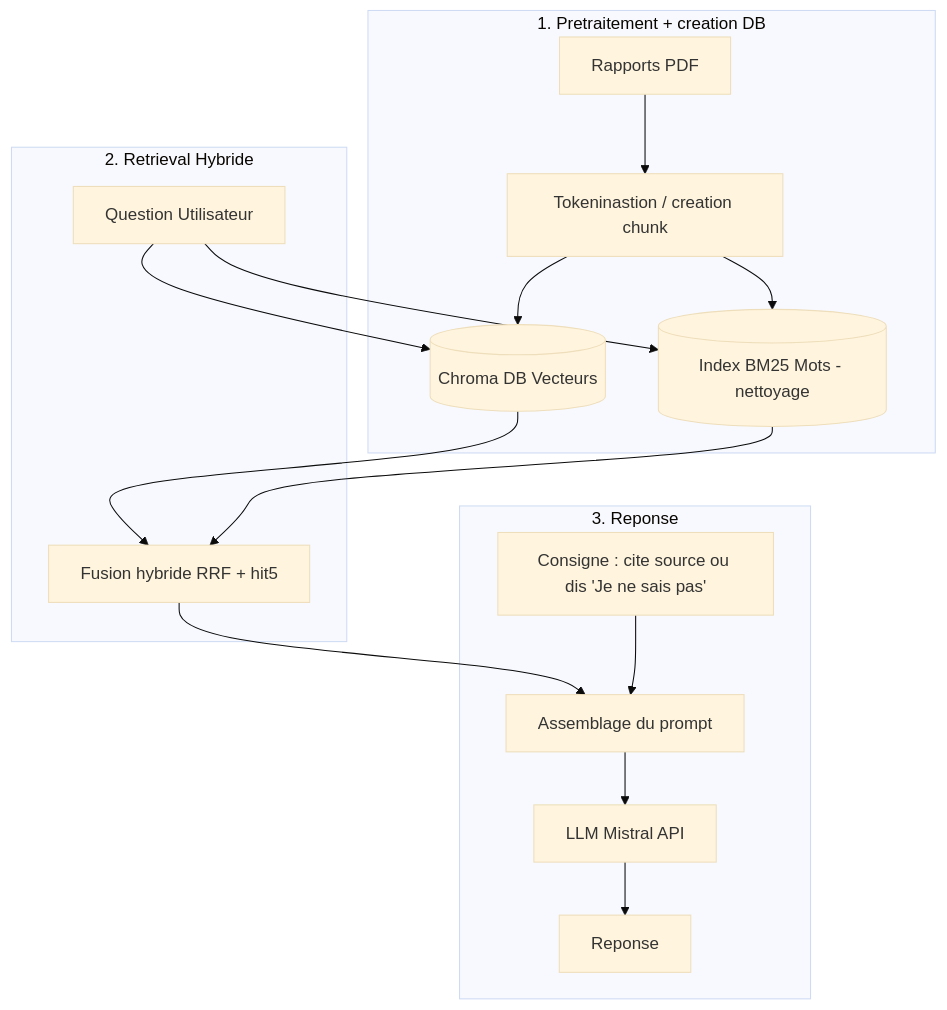
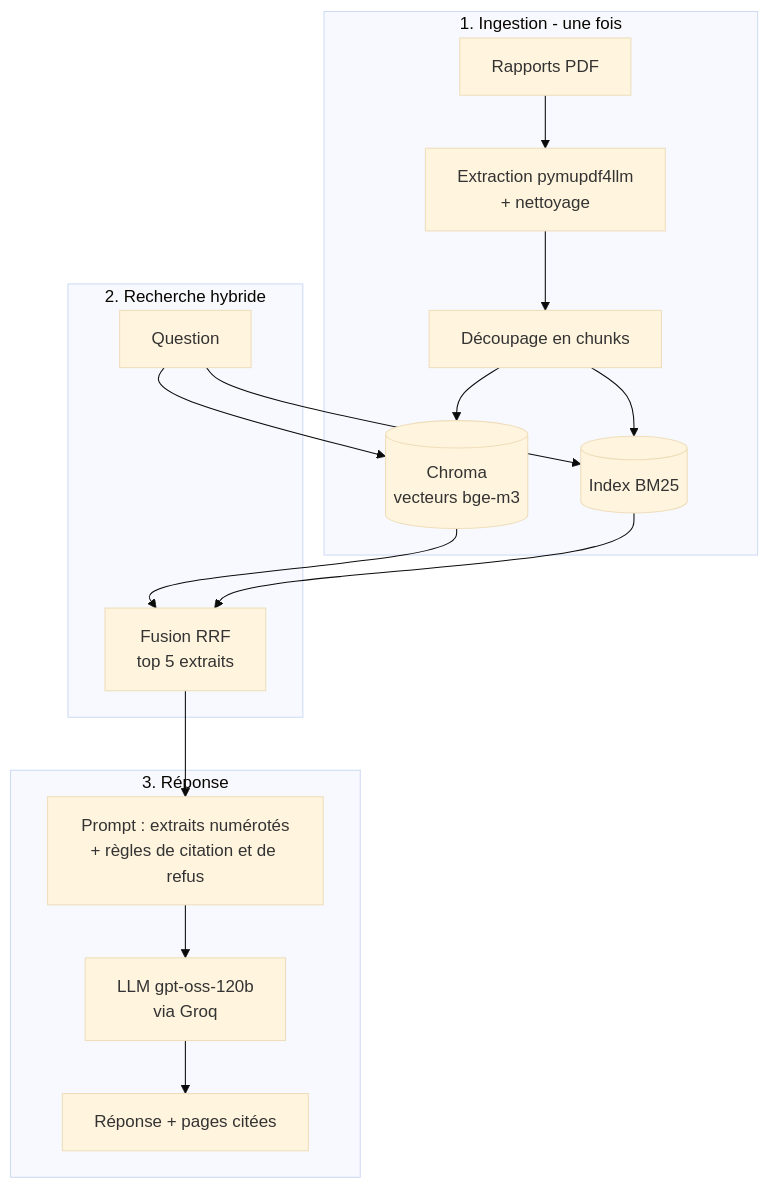
Before and after one commit to kwiikwik/rapFin_assistant: the diagram in README.md, drawn with Mermaid (base theme). The commit also changed other lines of this file and 2 other files, not shown here.

````diff
--- a/README.md
+++ b/README.md
@@ -49,22 +27,22 @@
 ```mermaid
 flowchart TD
-    subgraph Ingestion [1. Pretraitement + creation DB]
-        A[Rapports PDF] --> B[Tokeninastion / creation chunk]
-        B --> C[(Chroma DB  Vecteurs)]
-        B --> D[(Index BM25 Mots - nettoyage)]
+    subgraph Ingestion [1. Ingestion - une fois]
+        A[Rapports PDF] --> B[Extraction pymupdf4llm<br>+ nettoyage]
+        B --> C[Découpage en chunks]
+        C --> D[(Chroma<br>vecteurs bge-m3)]
+        C --> E[(Index BM25)]
     end
 
-    subgraph Recherche [2. Retrieval Hybride]
-        Q[Question Utilisateur] --> C
-        Q --> D
-        C --> F[Fusion hybride RRF + hit5]
-        D --> F
+    subgraph Recherche [2. Recherche hybride]
+        Q[Question] --> D
+        Q --> E
+        D --> F[Fusion RRF<br>top 5 extraits]
+        E --> F
     end
 
-    subgraph Reponse [3. Reponse]
-        F --> P[Assemblage du prompt]
-        S[Consigne : cite source ou dis 'Je ne sais pas'] --> P
-        P --> LLM[LLM Mistral API]
-        LLM --> R[Reponse]
+    subgraph Reponse [3. Réponse]
+        F --> P[Prompt : extraits numérotés<br>+ règles de citation et de refus]
+        P --> LLM[LLM gpt-oss-120b<br>via Groq]
+        LLM --> R[Réponse + pages citées]
     end
 ```
````
